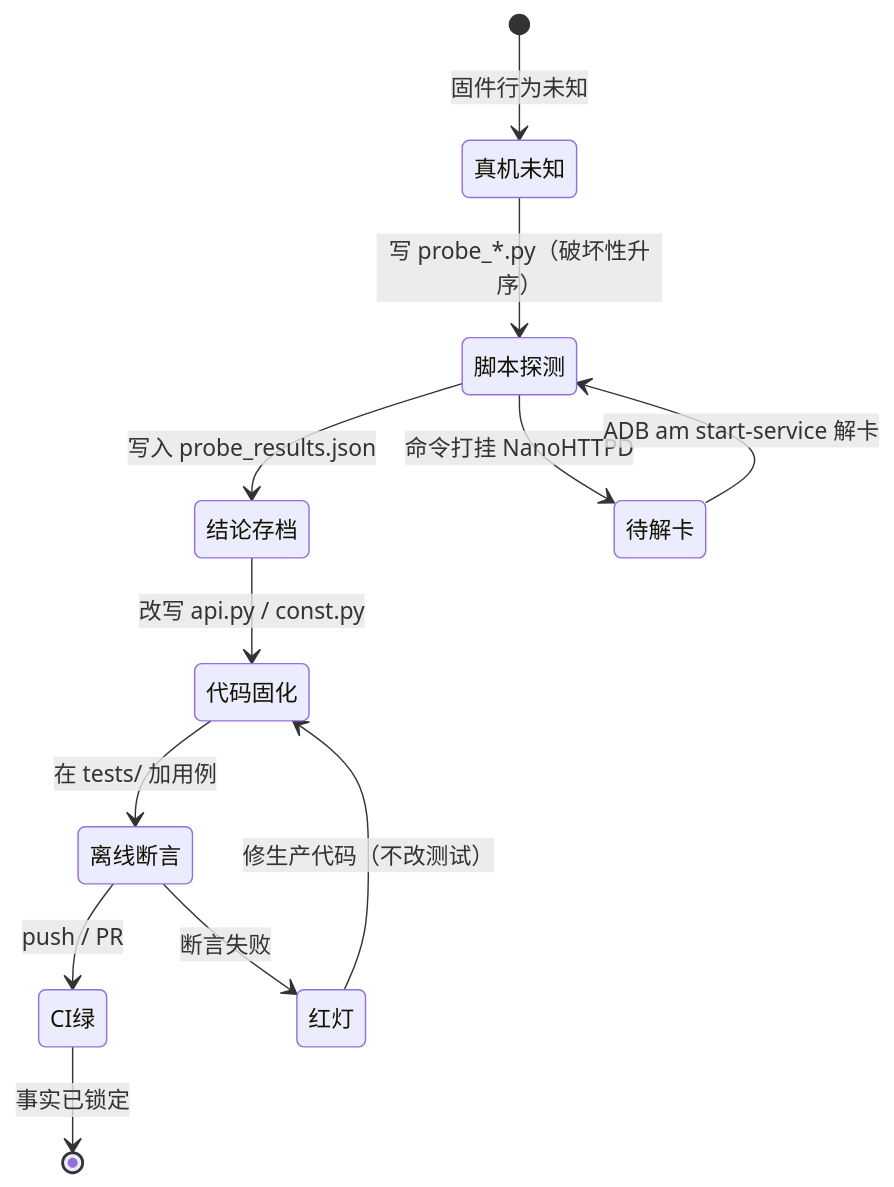
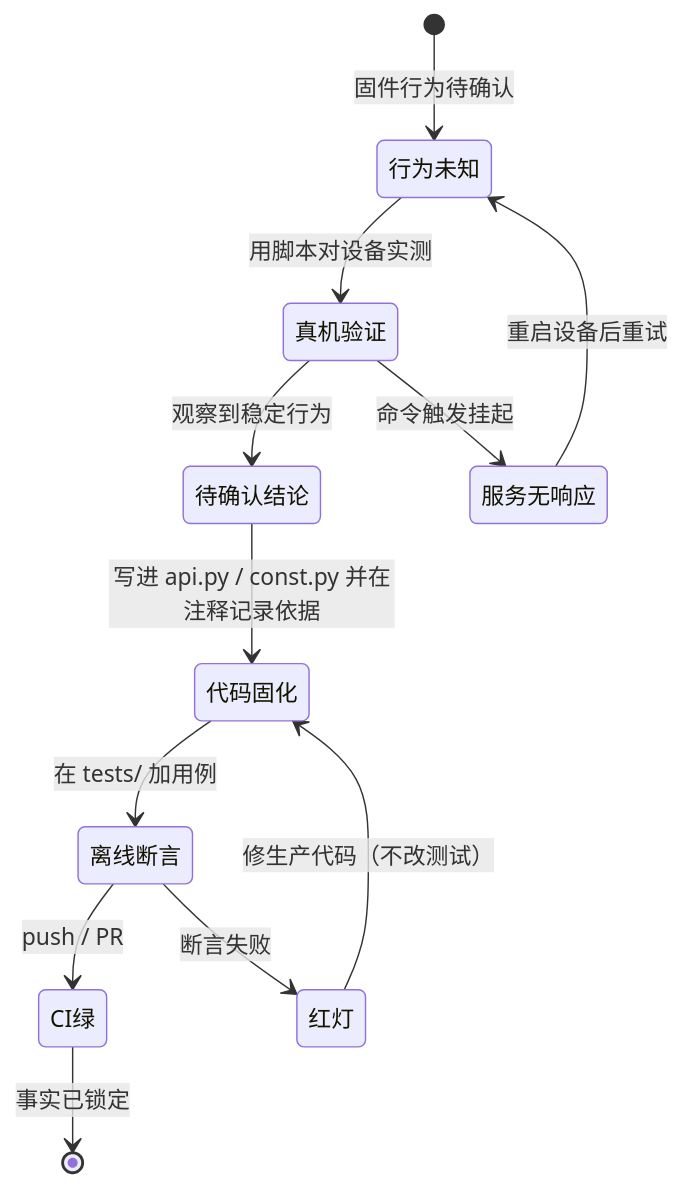
One commit to aixmoyu/ha-epson-ef-projector changed the second of 6 diagrams in docs/architecture/subsystems/verification-harness/module_design.md. Above: the diagram before and after it, drawn with Mermaid. The commit also changed other lines of this file and 35 other files, not shown here.

````diff
--- a/docs/architecture/subsystems/verification-harness/module_design.md
+++ b/docs/architecture/subsystems/verification-harness/module_design.md
@@ -102,14 +98,14 @@
 ```mermaid
 stateDiagram-v2
-    [*] --> 真机未知: 固件行为未知
-    真机未知 --> 脚本探测: 写 probe_*.py（破坏性升序）
-    脚本探测 --> 结论存档: 写入 probe_results.json
-    脚本探测 --> 待解卡: 命令打挂 NanoHTTPD
-    待解卡 --> 脚本探测: ADB am start-service 解卡
-    结论存档 --> 代码固化: 改写 api.py / const.py
+    [*] --> 行为未知: 固件行为待确认
+    行为未知 --> 真机验证: 用脚本对设备实测
+    真机验证 --> 待确认结论: 观察到稳定行为
+    待确认结论 --> 代码固化: 写进 api.py / const.py 并在注释记录依据
     代码固化 --> 离线断言: 在 tests/ 加用例
+    真机验证 --> 服务无响应: 命令触发挂起
+    服务无响应 --> 行为未知: 重启设备后重试
     离线断言 --> CI绿: push / PR
     CI绿 --> [*]: 事实已锁定
     离线断言 --> 红灯: 断言失败
     红灯 --> 代码固化: 修生产代码（不改测试）
 ```
````
